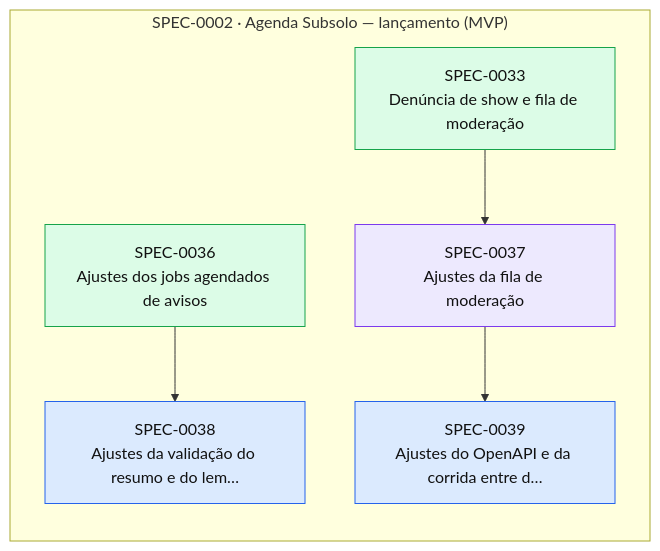
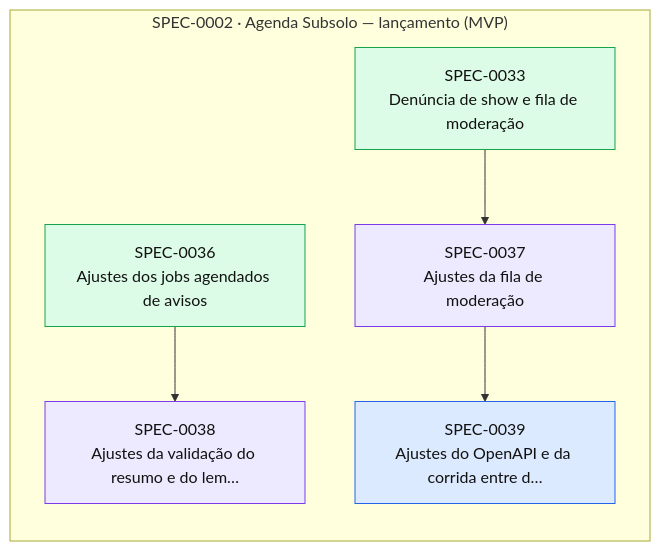
One commit to thomasravache/subsolo changed the diagram in docs/specs/INDEX.md. Above: the diagram before and after it, drawn with Mermaid. The commit also changed other lines of this file and 1 other file, not shown here.

First line of the commit message:
docs(sdd): start SPEC-0038

````diff
--- a/docs/specs/INDEX.md
+++ b/docs/specs/INDEX.md
@@ -68,18 +68,18 @@
 ```mermaid
 flowchart LR
   subgraph E0002["SPEC-0002 · Agenda Subsolo — lançamento (MVP)"]
     S0033["SPEC-0033<br/>Denúncia de show e fila de moderação"]:::implemented
     S0036["SPEC-0036<br/>Ajustes dos jobs agendados de avisos"]:::implemented
     S0037["SPEC-0037<br/>Ajustes da fila de moderação"]:::inprogress
-    S0038["SPEC-0038<br/>Ajustes da validação do resumo e do lem…"]:::approved
+    S0038["SPEC-0038<br/>Ajustes da validação do resumo e do lem…"]:::inprogress
     S0039["SPEC-0039<br/>Ajustes do OpenAPI e da corrida entre d…"]:::approved
   end
   S0033 --> S0037
   S0036 --> S0038
   S0037 --> S0039
   classDef proposed fill:#fef3c7,stroke:#d97706,color:#111
   classDef approved fill:#dbeafe,stroke:#2563eb,color:#111
   classDef inprogress fill:#ede9fe,stroke:#7c3aed,color:#111
   classDef implemented fill:#dcfce7,stroke:#16a34a,color:#111
   classDef deprecated fill:#f3f4f6,stroke:#9ca3af,color:#6b7280
 ```
````
